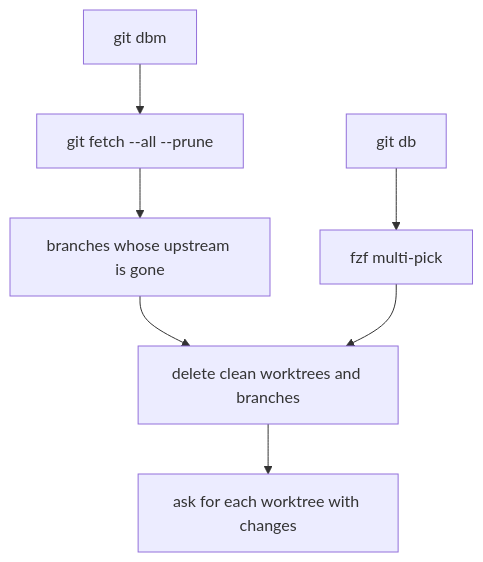
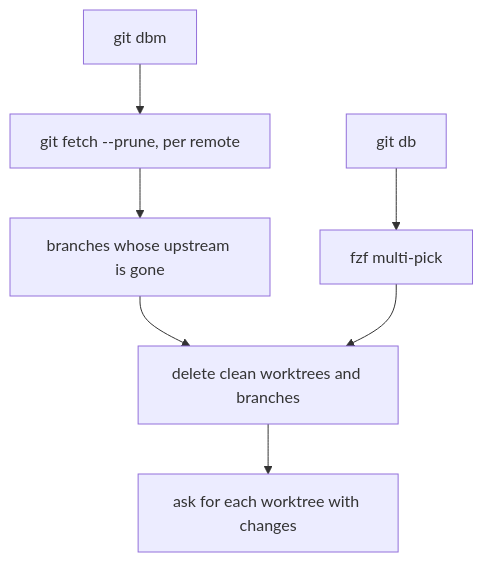
Before and after one commit to workbench-soft/git-aliases: the sixth of 6 diagrams in docs/user-flows.md, drawn with Mermaid. The commit also changed other lines of this file and 7 other files, not shown here.

Commit message:
docs: git master, git dbm, the hook and Release as they work now (#28)

````diff
--- a/docs/user-flows.md
+++ b/docs/user-flows.md
@@ -93,9 +98,9 @@
 ```mermaid
 flowchart TD
-  dbm["git dbm"] --> prune["git fetch --all --prune"]
+  dbm["git dbm"] --> prune["git fetch --prune, per remote"]
   prune --> gone["branches whose upstream is gone"]
   db["git db"] --> fzf["fzf multi-pick"]
   gone --> del["delete clean worktrees and branches"]
   fzf --> del
   del --> ask["ask for each worktree with changes"]
 ```
````
